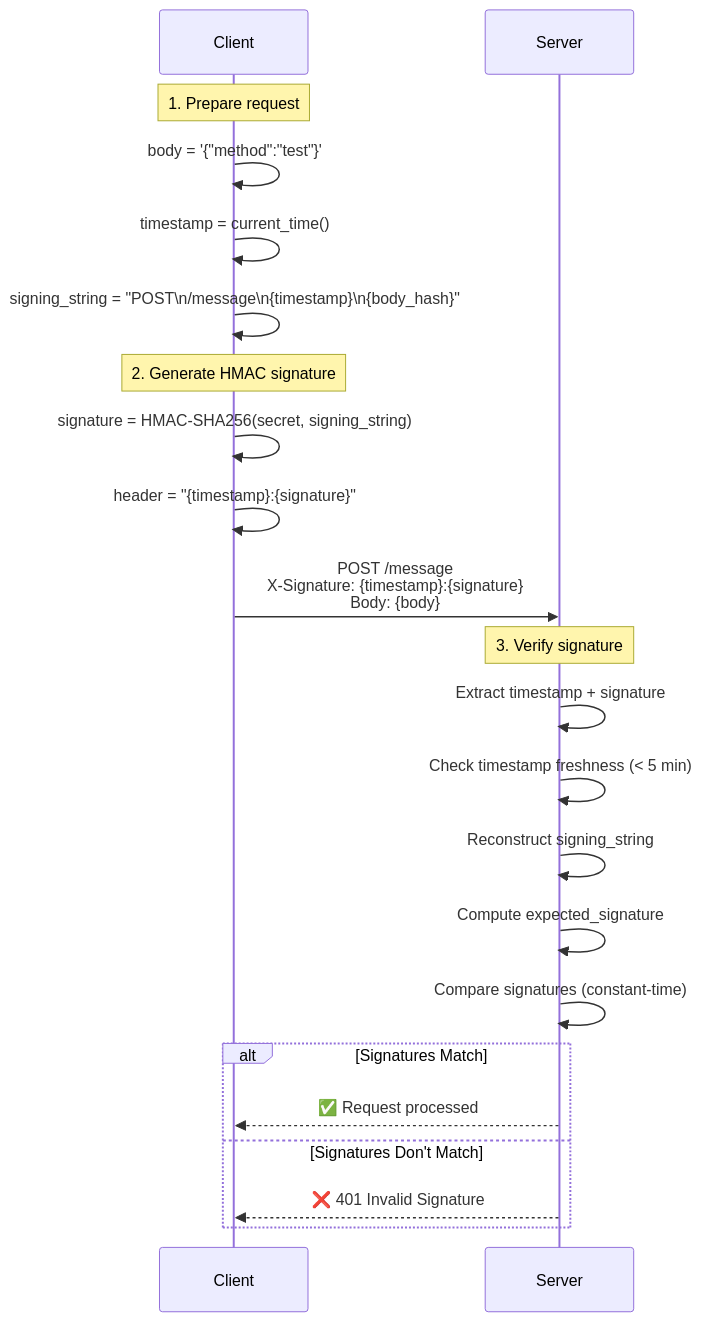
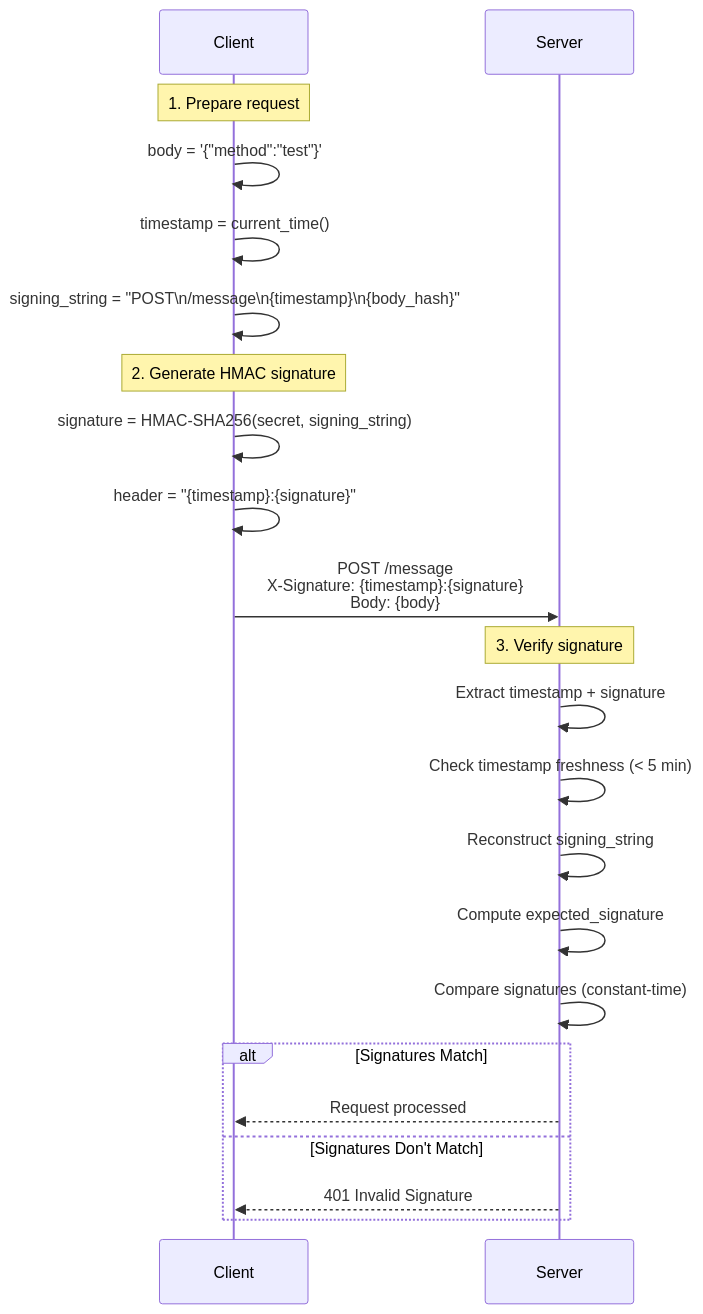
One commit to jaafar-benabderrazak/ca_a2a changed the seventh of 9 diagrams in DEMO_2H_COMPREHENSIVE.md. Above: the diagram before and after it, drawn with Mermaid. The commit also changed other lines of this file and 19 other files, not shown here.

````diff
--- a/DEMO_2H_COMPREHENSIVE.md
+++ b/DEMO_2H_COMPREHENSIVE.md
@@ -878,29 +878,29 @@
 ```mermaid
 sequenceDiagram
-    participant Client
-    participant Server
-    
-    Note over Client: 1. Prepare request
-    Client->>Client: body = '{"method":"test"}'
-    Client->>Client: timestamp = current_time()
-    Client->>Client: signing_string = "POST\n/message\n{timestamp}\n{body_hash}"
-    
-    Note over Client: 2. Generate HMAC signature
-    Client->>Client: signature = HMAC-SHA256(secret, signing_string)
-    Client->>Client: header = "{timestamp}:{signature}"
-    
-    Client->>Server: POST /message<br/>X-Signature: {timestamp}:{signature}<br/>Body: {body}
-    
-    Note over Server: 3. Verify signature
-    Server->>Server: Extract timestamp + signature
-    Server->>Server: Check timestamp freshness (< 5 min)
-    Server->>Server: Reconstruct signing_string
-    Server->>Server: Compute expected_signature
-    Server->>Server: Compare signatures (constant-time)
-    
-    alt Signatures Match
-        Server-->>Client: ✅ Request processed
-    else Signatures Don't Match
-        Server-->>Client: ❌ 401 Invalid Signature
-    end
+ participant Client
+ participant Server
+ 
+ Note over Client: 1. Prepare request
+ Client->>Client: body = '{"method":"test"}'
+ Client->>Client: timestamp = current_time()
+ Client->>Client: signing_string = "POST\n/message\n{timestamp}\n{body_hash}"
+ 
+ Note over Client: 2. Generate HMAC signature
+ Client->>Client: signature = HMAC-SHA256(secret, signing_string)
+ Client->>Client: header = "{timestamp}:{signature}"
+ 
+ Client->>Server: POST /message<br/>X-Signature: {timestamp}:{signature}<br/>Body: {body}
+ 
+ Note over Server: 3. Verify signature
+ Server->>Server: Extract timestamp + signature
+ Server->>Server: Check timestamp freshness (< 5 min)
+ Server->>Server: Reconstruct signing_string
+ Server->>Server: Compute expected_signature
+ Server->>Server: Compare signatures (constant-time)
+ 
+ alt Signatures Match
+ Server-->>Client: Request processed
+ else Signatures Don't Match
+ Server-->>Client: 401 Invalid Signature
+ end
 ```
````
